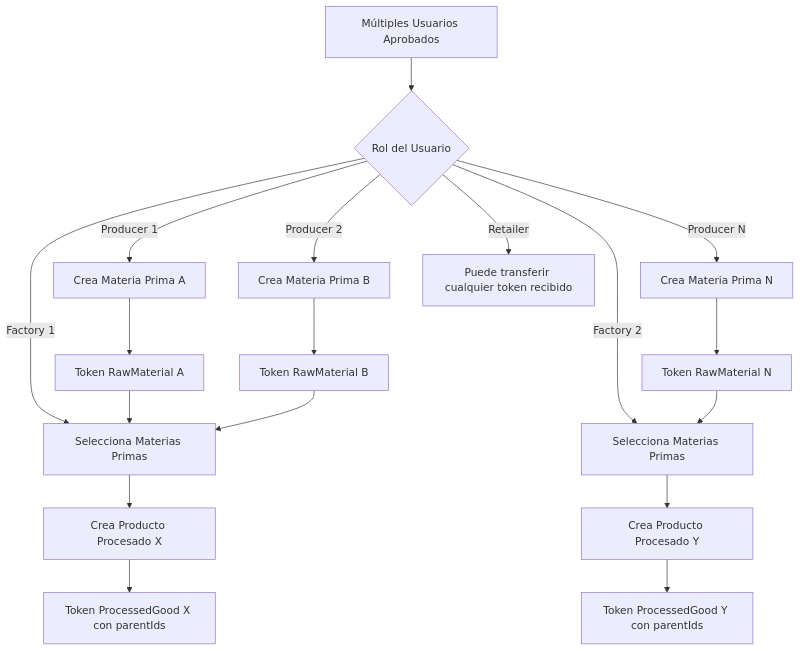
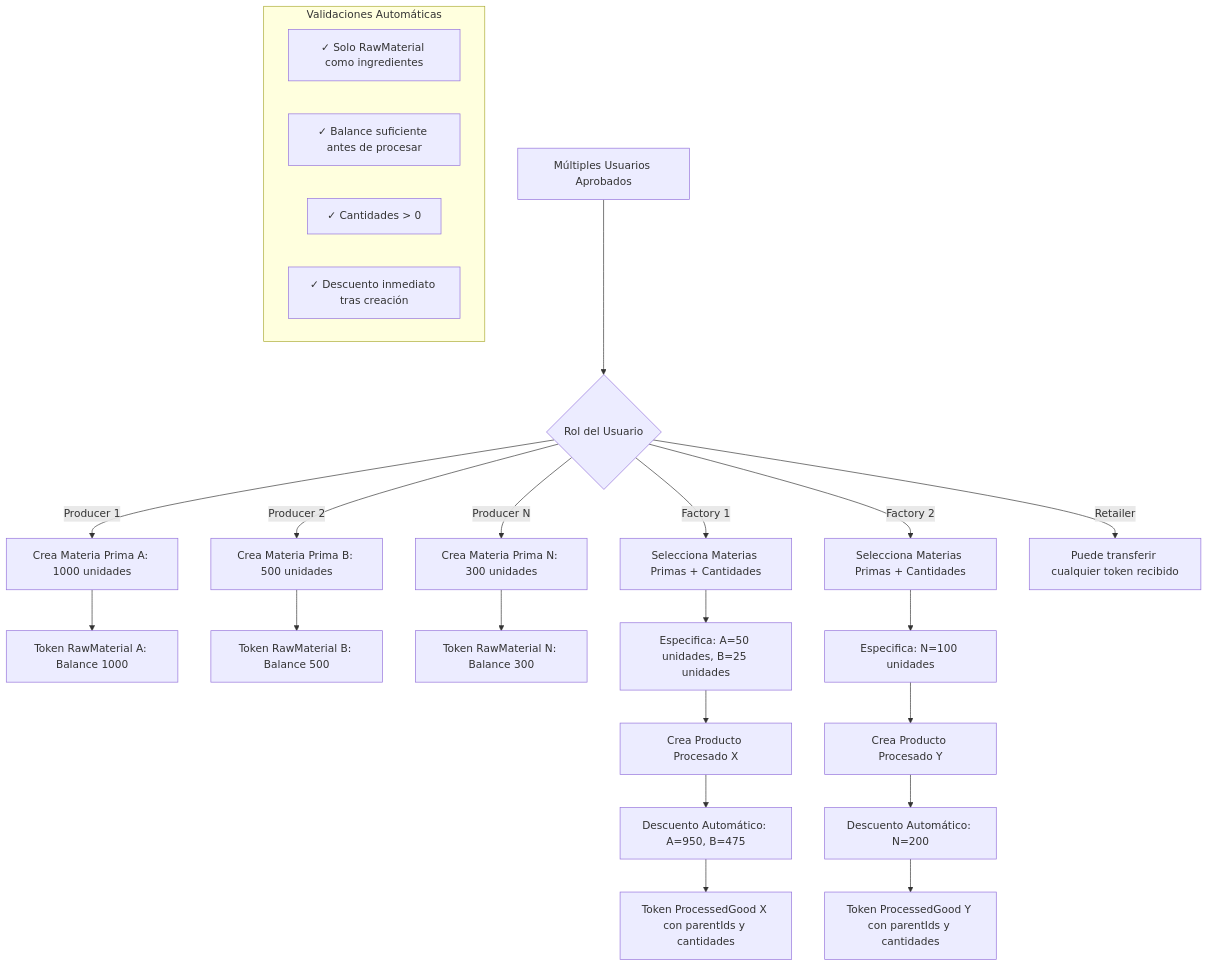
The second of 5 diagrams in README.md (risuiar/supply-chain-tracker), drawn with Mermaid before and after one commit. The commit also changed other lines of this file and 16 other files, not shown here.

````diff
--- a/README.md
+++ b/README.md
@@ -104,28 +109,37 @@
 ```mermaid
 graph TD
     A[Múltiples Usuarios Aprobados] --> B{Rol del Usuario}
     
-    B -->|Producer 1| C1[Crea Materia Prima A]
-    B -->|Producer 2| C2[Crea Materia Prima B]
-    B -->|Producer N| C3[Crea Materia Prima N]
+    B -->|Producer 1| C1[Crea Materia Prima A: 1000 unidades]
+    B -->|Producer 2| C2[Crea Materia Prima B: 500 unidades]
+    B -->|Producer N| C3[Crea Materia Prima N: 300 unidades]
     
-    C1 --> D[Token RawMaterial A]
-    C2 --> E[Token RawMaterial B]
-    C3 --> F[Token RawMaterial N]
+    C1 --> D[Token RawMaterial A: Balance 1000]
+    C2 --> E[Token RawMaterial B: Balance 500]
+    C3 --> F[Token RawMaterial N: Balance 300]
     
-    B -->|Factory 1| G1[Selecciona Materias Primas]
-    B -->|Factory 2| G2[Selecciona Materias Primas]
+    B -->|Factory 1| G1[Selecciona Materias Primas + Cantidades]
+    B -->|Factory 2| G2[Selecciona Materias Primas + Cantidades]
     
-    G1 --> H1[Crea Producto Procesado X]
-    G2 --> H2[Crea Producto Procesado Y]
+    G1 --> G1A[Especifica: A=50 unidades, B=25 unidades]
+    G2 --> G2A[Especifica: N=100 unidades]
     
-    D --> G1
-    E --> G1
-    F --> G2
+    G1A --> H1[Crea Producto Procesado X]
+    G2A --> H2[Crea Producto Procesado Y]
     
-    H1 --> I1[Token ProcessedGood X con parentIds]
-    H2 --> I2[Token ProcessedGood Y con parentIds]
+    H1 --> H1A[Descuento Automático: A=950, B=475]
+    H2 --> H2A[Descuento Automático: N=200]
+    
+    H1A --> I1[Token ProcessedGood X con parentIds y cantidades]
+    H2A --> I2[Token ProcessedGood Y con parentIds y cantidades]
+    
+    subgraph "Validaciones Automáticas"
+        V1[✓ Solo RawMaterial como ingredientes]
+        V2[✓ Balance suficiente antes de procesar]
+        V3[✓ Cantidades > 0]
+        V4[✓ Descuento inmediato tras creación]
+    end
     
     B -->|Retailer| J[Puede transferir cualquier token recibido]
     
 ```
````
